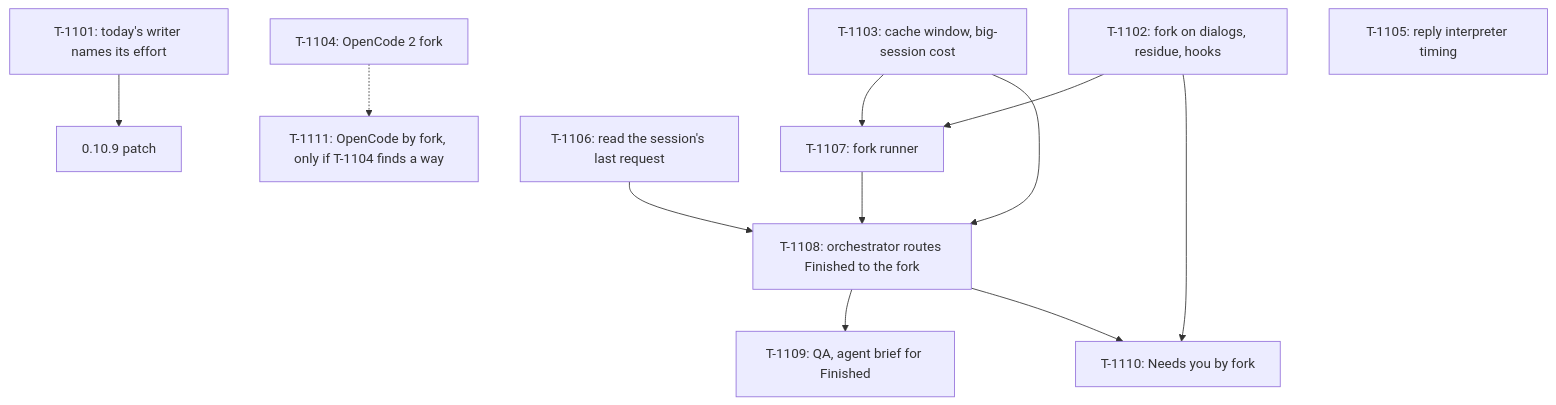
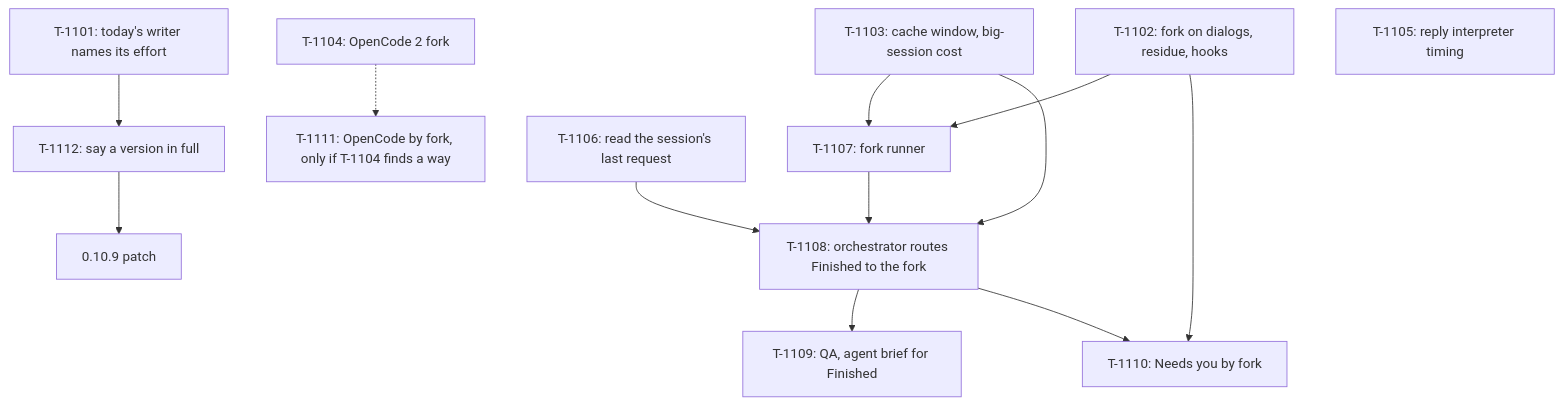
The diagram in docs/specs/agent-brief/kanban.md (Jasenpan1987/multi-code), drawn with Mermaid before and after one commit. The commit also changed other lines of this file and 4 other files, not shown here.

First line of the commit message:
fix(secretary): say a three-part version in full (brief prompt v12)

````diff
--- a/docs/specs/agent-brief/kanban.md
+++ b/docs/specs/agent-brief/kanban.md
@@ -11,14 +11,15 @@
 ```mermaid
 graph TD
-    T1101[T-1101: today's writer names its effort] --> R1[0.10.9 patch]
+    T1101[T-1101: today's writer names its effort] --> T1112[T-1112: say a version in full]
+    T1112 --> R1[0.10.9 patch]
     T1102[T-1102: fork on dialogs, residue, hooks] --> T1107
     T1103[T-1103: cache window, big-session cost] --> T1107
     T1103 --> T1108
     T1106[T-1106: read the session's last request] --> T1108
     T1107[T-1107: fork runner] --> T1108
     T1108[T-1108: orchestrator routes Finished to the fork] --> T1109[T-1109: QA, agent brief for Finished]
     T1102 --> T1110[T-1110: Needs you by fork]
     T1108 --> T1110
     T1104[T-1104: OpenCode 2 fork] -.-> T1111[T-1111: OpenCode by fork, only if T-1104 finds a way]
     T1105[T-1105: reply interpreter timing]
 ```
````
